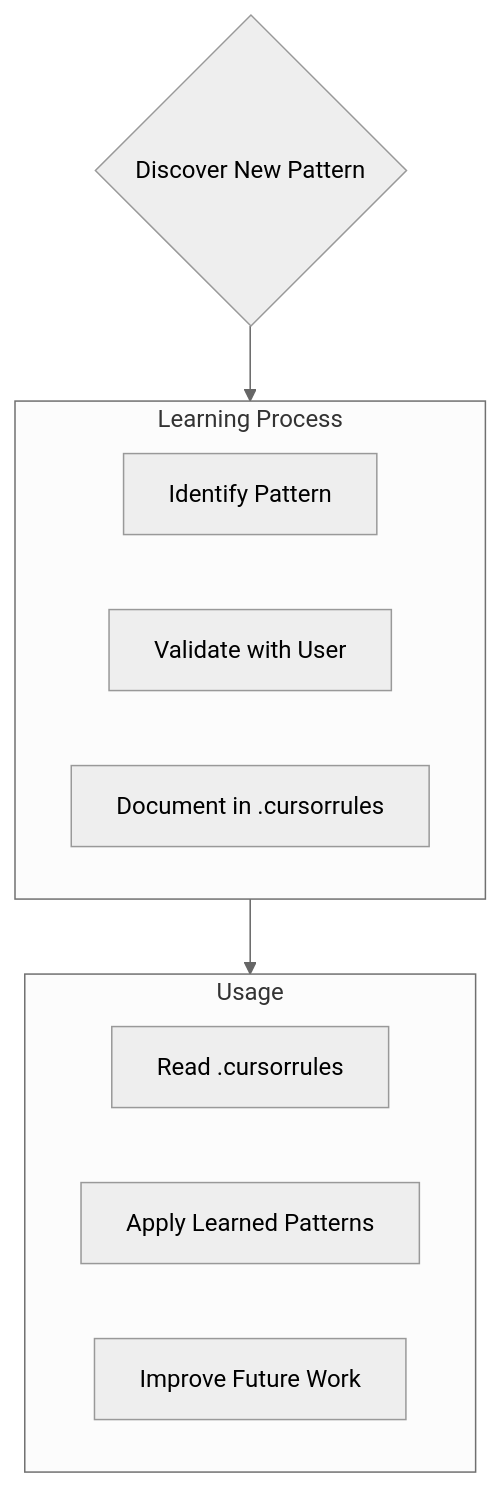
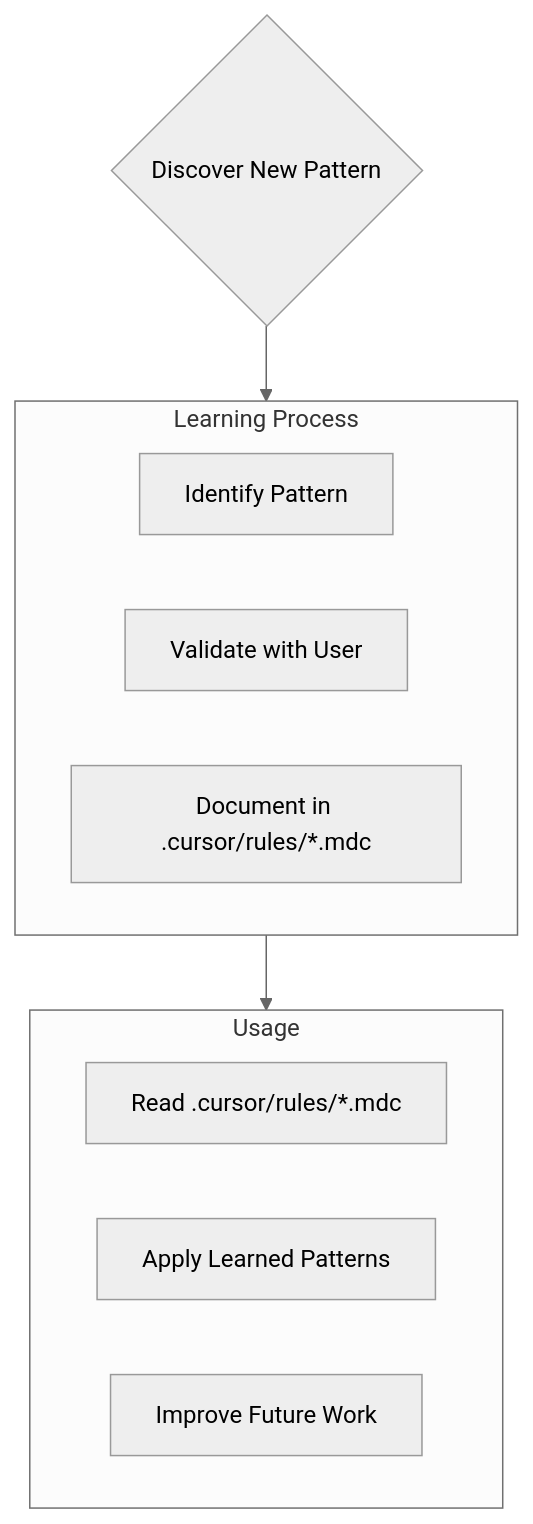
One commit to tkosht/cursor_dev changed the fifth of 5 diagrams in .cursor/rules/rules.mdc. Above: the diagram before and after it, drawn with Mermaid (neutral theme). The commit also changed other lines of this file and 26 other files, not shown here.

````diff
--- a/.cursor/rules/rules.mdc
+++ b/.cursor/rules/rules.mdc
@@ -130,19 +130,19 @@
 ```mermaid
 flowchart TD
     Start{Discover New Pattern}
     
     subgraph Learn [Learning Process]
         D1[Identify Pattern]
         D2[Validate with User]
-        D3[Document in .cursorrules]
+        D3[Document in .cursor/rules/*.mdc]
     end
     
     subgraph Apply [Usage]
-        A1[Read .cursorrules]
+        A1[Read .cursor/rules/*.mdc]
         A2[Apply Learned Patterns]
         A3[Improve Future Work]
     end
     
     Start --> Learn
     Learn --> Apply
 ```
````
